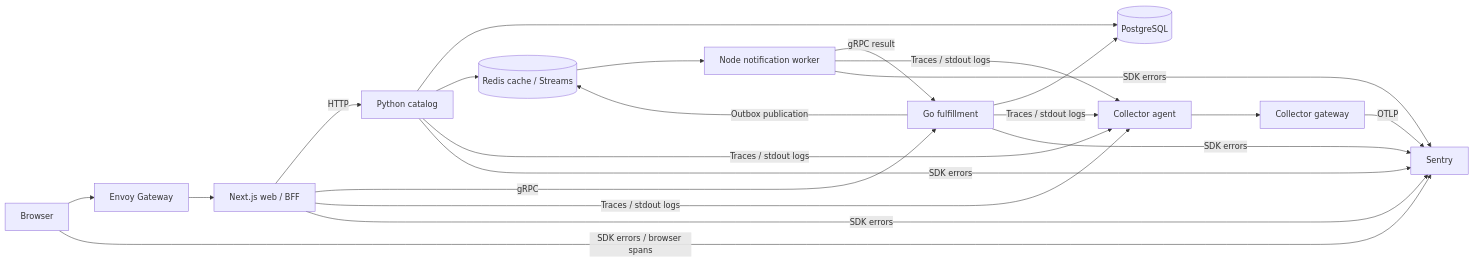
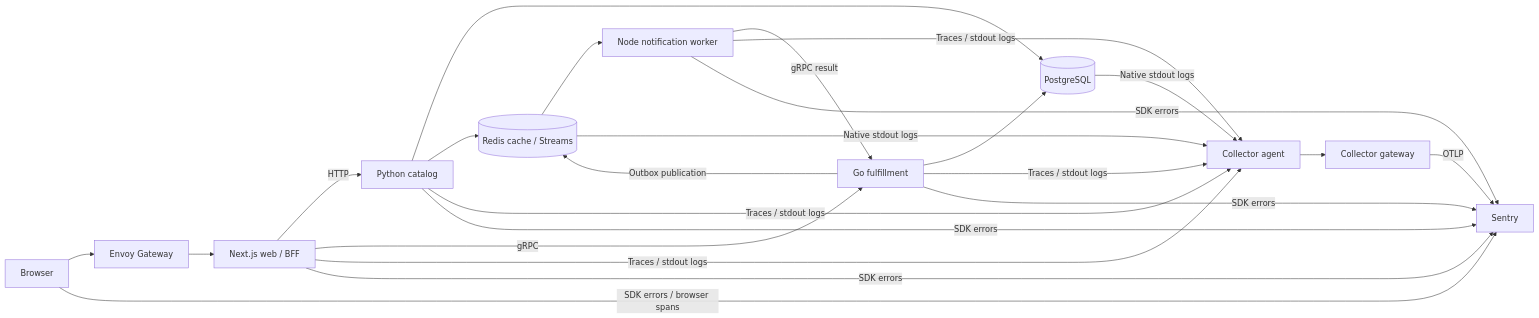
Before and after one commit to nikolovlazar/sentry-otel-kube-workshop: the diagram in docs/plan/00-overview.md, drawn with Mermaid. The commit also changed other lines of this file and 43 other files, not shown here.

````diff
--- a/docs/plan/00-overview.md
+++ b/docs/plan/00-overview.md
@@ -24,18 +24,19 @@
 ```mermaid
 flowchart LR
   Browser --> Envoy[Envoy Gateway]
   Envoy --> Web[Next.js web / BFF]
   Web -->|HTTP| Catalog[Python catalog]
   Web -->|gRPC| Fulfillment[Go fulfillment]
   Catalog --> Postgres[(PostgreSQL)]
   Catalog --> Redis[(Redis cache / Streams)]
   Fulfillment --> Postgres
   Fulfillment -->|Outbox publication| Redis
   Redis --> Worker[Node notification worker]
   Worker -->|gRPC result| Fulfillment
   Web & Catalog & Fulfillment & Worker -->|Traces / stdout logs| Agent[Collector agent]
+  Postgres & Redis -->|Native stdout logs| Agent
   Agent --> Gateway[Collector gateway]
   Gateway -->|OTLP| Sentry
   Web & Catalog & Fulfillment & Worker -->|SDK errors| Sentry
   Browser -->|SDK errors / browser spans| Sentry
 ```
````
